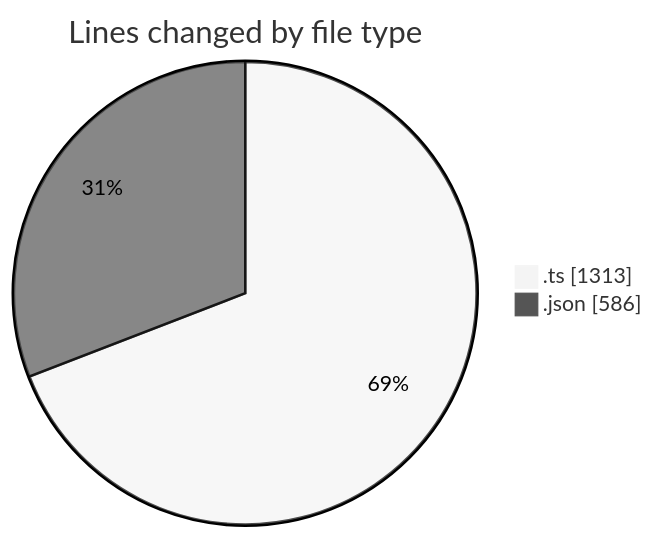
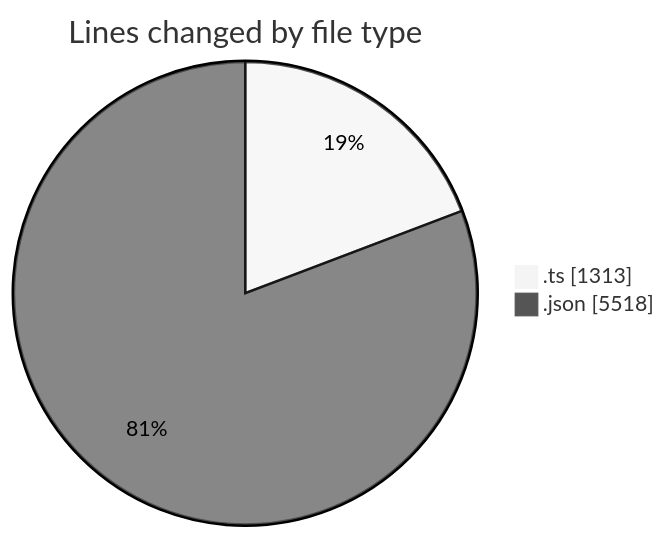
The first of 2 diagrams in 2025-08-24/_claude/README.md (EIIisD/code-tracking), drawn with Mermaid (neutral theme) before and after one commit. The commit also changed other lines of this file and 1 other file, not shown here.

````diff
--- a/2025-08-24/_claude/README.md
+++ b/2025-08-24/_claude/README.md
@@ -22,6 +23,6 @@
 ```mermaid
 pie showData
 title Lines changed by file type
 ".ts" : 1313
-".json" : 586
+".json" : 5518
 ```
````
